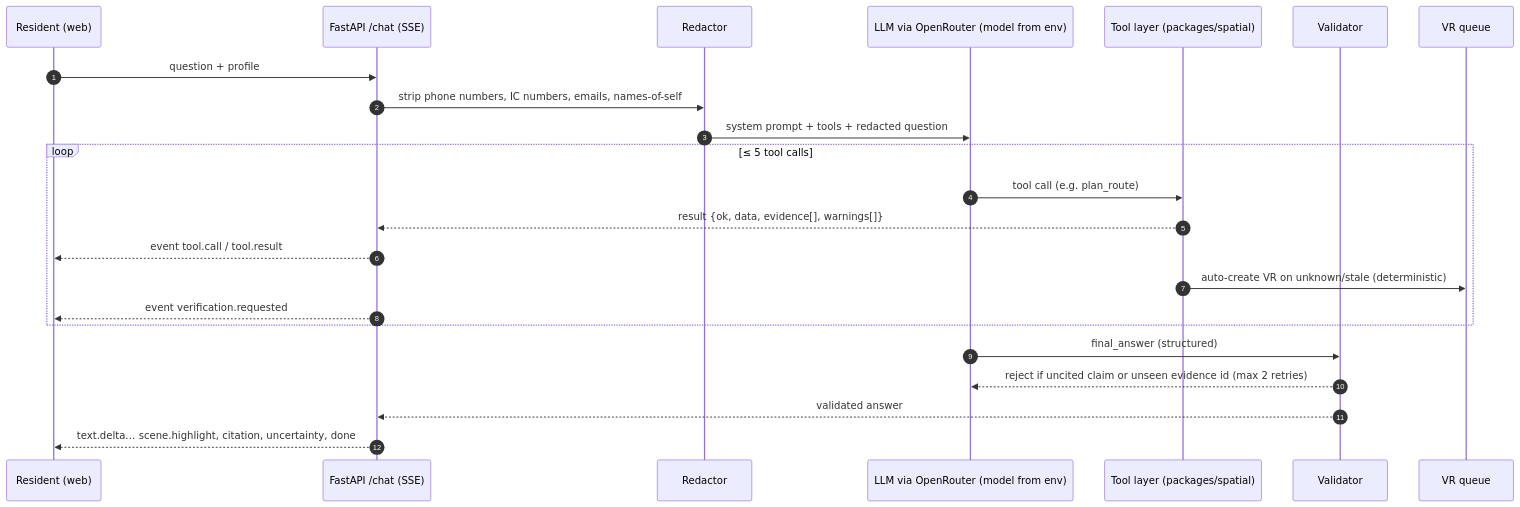
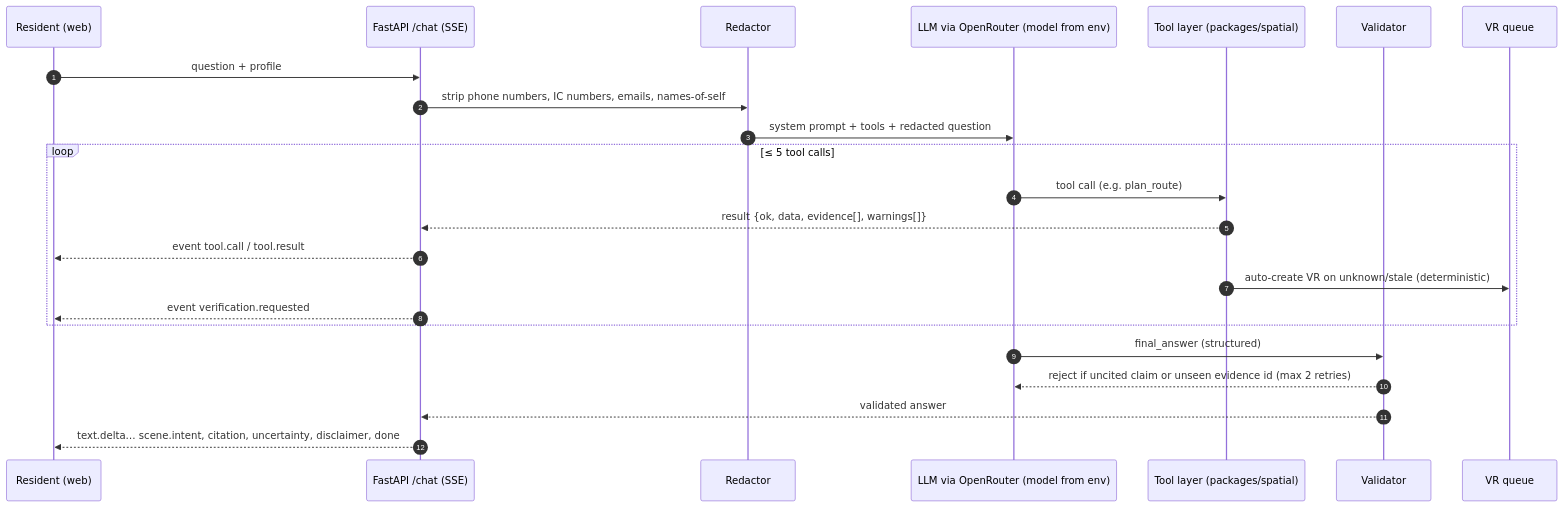
One commit to TIONYUNZHE2004/SunNewBee changed the diagram in docs/04-architecture/ai-assistant-design.md. Above: the diagram before and after it, drawn with Mermaid. The commit also changed 38 other files, not shown here.

````diff
--- a/docs/04-architecture/ai-assistant-design.md
+++ b/docs/04-architecture/ai-assistant-design.md
@@ -15,26 +15,26 @@
 ```mermaid
 sequenceDiagram
   autonumber
   participant U as Resident (web)
   participant API as FastAPI /chat (SSE)
   participant R as Redactor
   participant L as LLM via OpenRouter (model from env)
   participant T as Tool layer (packages/spatial)
   participant V as Validator
   participant Q as VR queue
 
   U->>API: question + profile
   API->>R: strip phone numbers, IC numbers, emails, names-of-self
   R->>L: system prompt + tools + redacted question
   loop ≤ 5 tool calls
     L->>T: tool call (e.g. plan_route)
     T-->>API: result {ok, data, evidence[], warnings[]}
     API-->>U: event tool.call / tool.result
     T->>Q: auto-create VR on unknown/stale (deterministic)
     API-->>U: event verification.requested
   end
   L->>V: final_answer (structured)
   V-->>L: reject if uncited claim or unseen evidence id (max 2 retries)
   V-->>API: validated answer
-  API-->>U: text.delta… scene.highlight, citation, uncertainty, done
+  API-->>U: text.delta… scene.intent, citation, uncertainty, disclaimer, done
 ```
````
